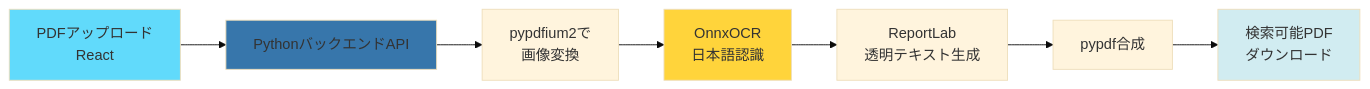
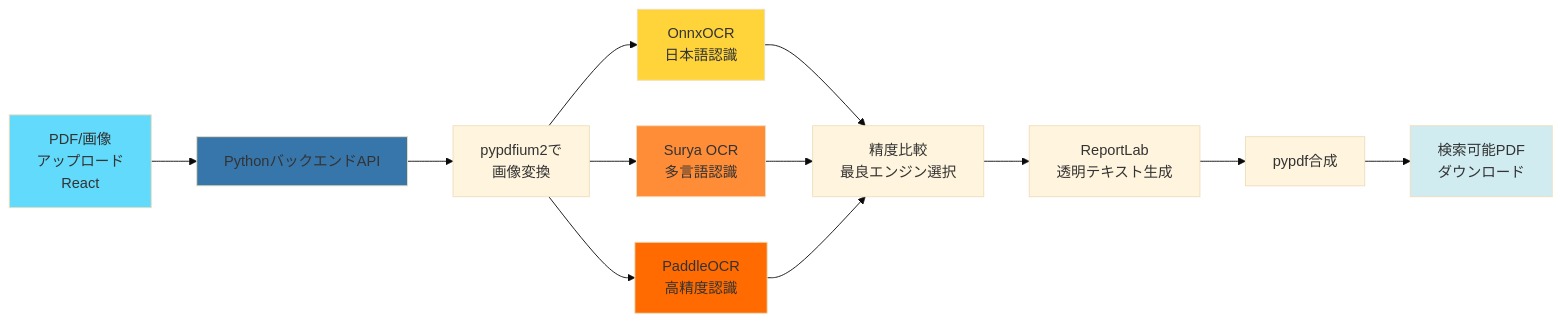
One commit to J1921604/OCR-PDF-Converter changed the first of 2 diagrams in README.md. Above: the diagram before and after it, drawn with Mermaid (base theme). The commit also changed other lines of this file and 8 other files, not shown here.

````diff
--- a/README.md
+++ b/README.md
@@ -19,14 +21,21 @@
 ```mermaid
 flowchart LR
-    A[PDFアップロード<br/>React] --> B[PythonバックエンドAPI]
+    A[PDF/画像<br/>アップロード<br/>React] --> B[PythonバックエンドAPI]
     B --> C[pypdfium2で<br/>画像変換]
-    C --> D[OnnxOCR<br/>日本語認識]
-    D --> E[ReportLab<br/>透明テキスト生成]
-    E --> F[pypdf合成]
-    F --> G[検索可能PDF<br/>ダウンロード]
+    C --> D1[OnnxOCR<br/>日本語認識]
+    C --> D2[Surya OCR<br/>多言語認識]
+    C --> D3[PaddleOCR<br/>高精度認識]
+    D1 --> E[精度比較<br/>最良エンジン選択]
+    D2 --> E
+    D3 --> E
+    E --> F[ReportLab<br/>透明テキスト生成]
+    F --> G[pypdf合成]
+    G --> H[検索可能PDF<br/>ダウンロード]
     
     style A fill:#61dafb
     style B fill:#3776ab
-    style D fill:#ffd43b
-    style G fill:#d1ecf1
+    style D1 fill:#ffd43b
+    style D2 fill:#ff8c37
+    style D3 fill:#ff6b00
+    style H fill:#d1ecf1
 ```
````
